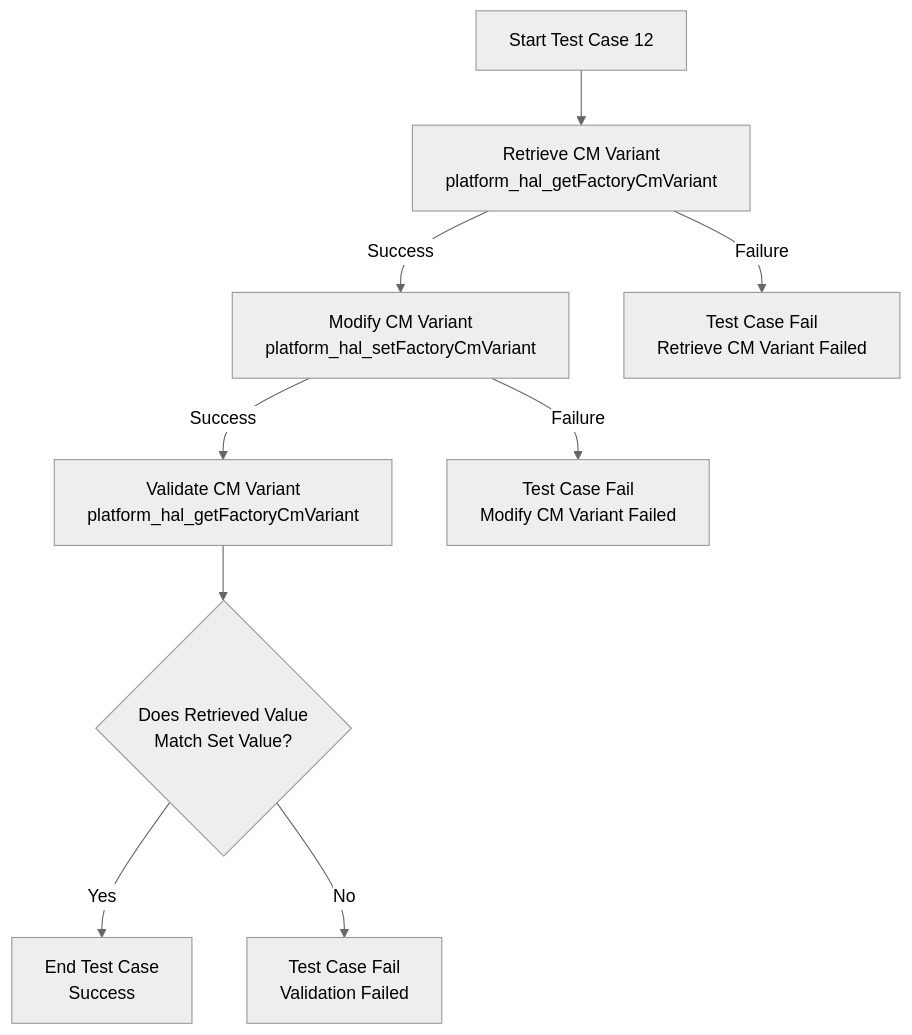
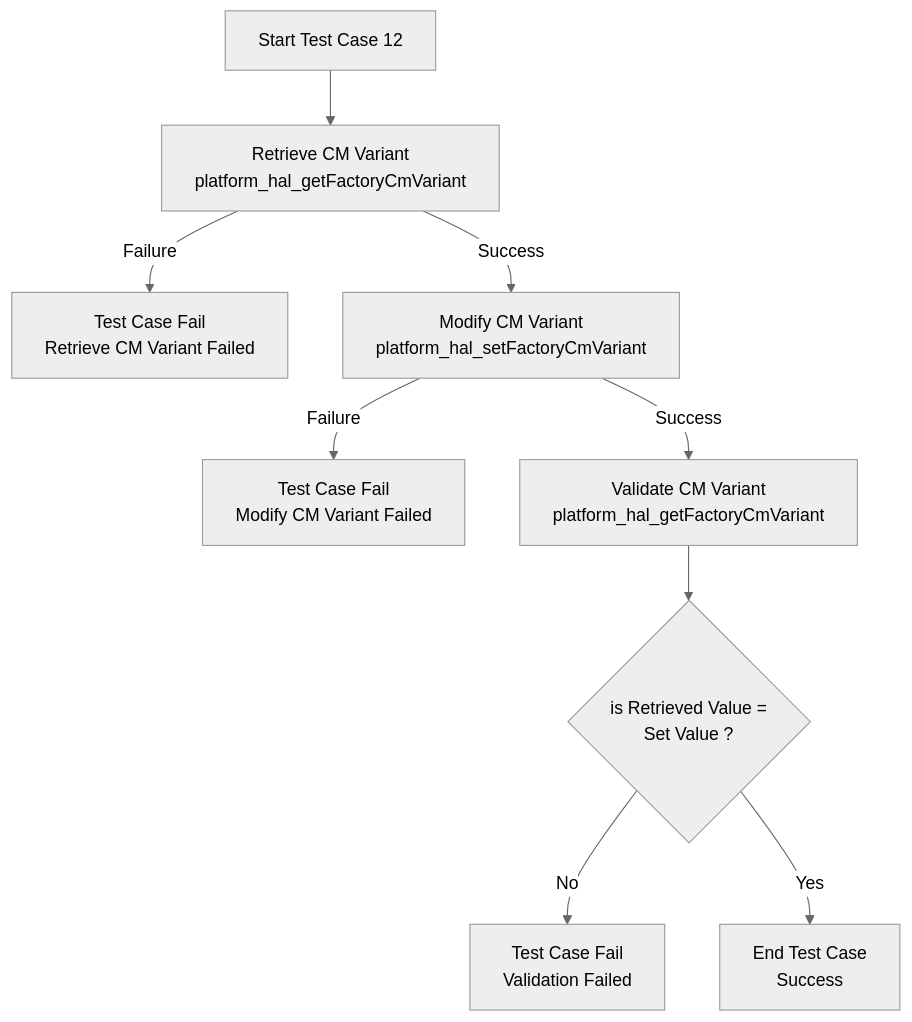
One commit to rdkcentral/rdkb-halif-test-platform changed diagram 12 of 14 in docs/pages/platform_hal_mermaid.md. Above: the diagram before and after it, drawn with Mermaid (neutral theme). The commit also changed other lines of this file, not shown here.

Commit message:
Develop platform hal L2 test suite Modified the mermaid file for L2 testcases

````diff
--- a/docs/pages/platform_hal_mermaid.md
+++ b/docs/pages/platform_hal_mermaid.md
@@ -163,11 +163,11 @@
 ```mermaid
 flowchart TD
     A[Start Test Case 12] --> B[Retrieve CM Variant<br>platform_hal_getFactoryCmVariant]
+    B -->|Failure| X[Test Case Fail<br>Retrieve CM Variant Failed]
     B -->|Success| C[Modify CM Variant<br>platform_hal_setFactoryCmVariant]
-    B -->|Failure| X[Test Case Fail<br>Retrieve CM Variant Failed]
+    C -->|Failure| Y[Test Case Fail<br>Modify CM Variant Failed]
     C -->|Success| D[Validate CM Variant<br>platform_hal_getFactoryCmVariant]
-    C -->|Failure| Y[Test Case Fail<br>Modify CM Variant Failed]
-    D --> E{Does Retrieved Value <br> Match Set Value?}
+    D --> E{is Retrieved Value = <br>Set Value ?}
+    E -->|No| G[Test Case Fail<br>Validation Failed]
     E -->|Yes| F[End Test Case<br>Success]
-    E -->|No| G[Test Case Fail<br>Validation Failed]
 ```
````
